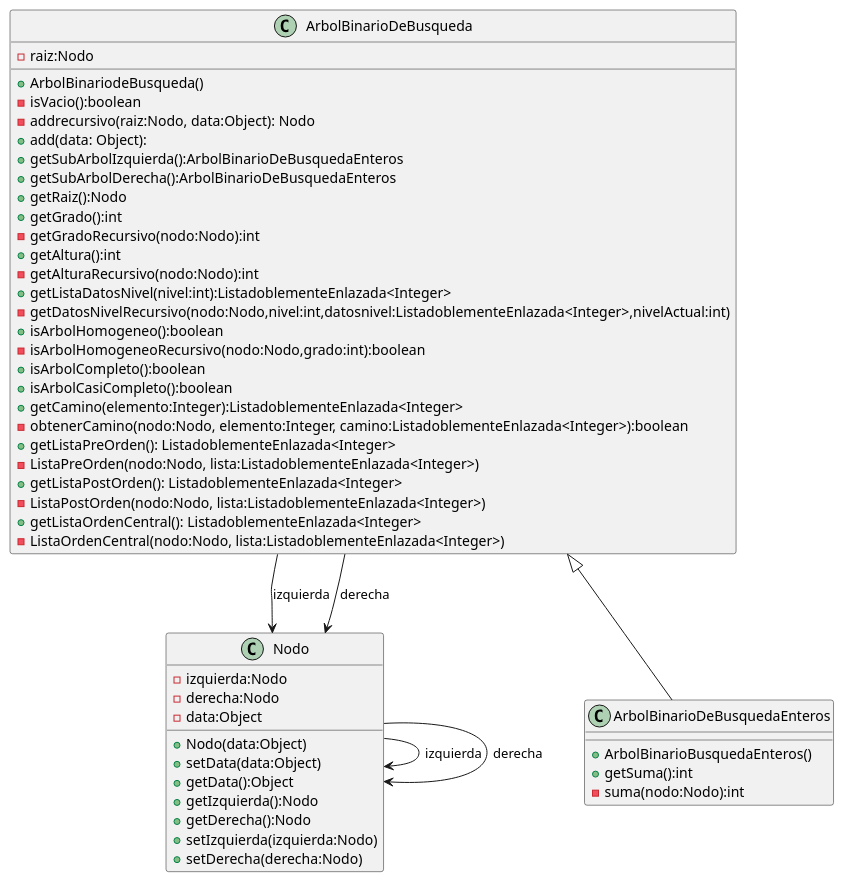
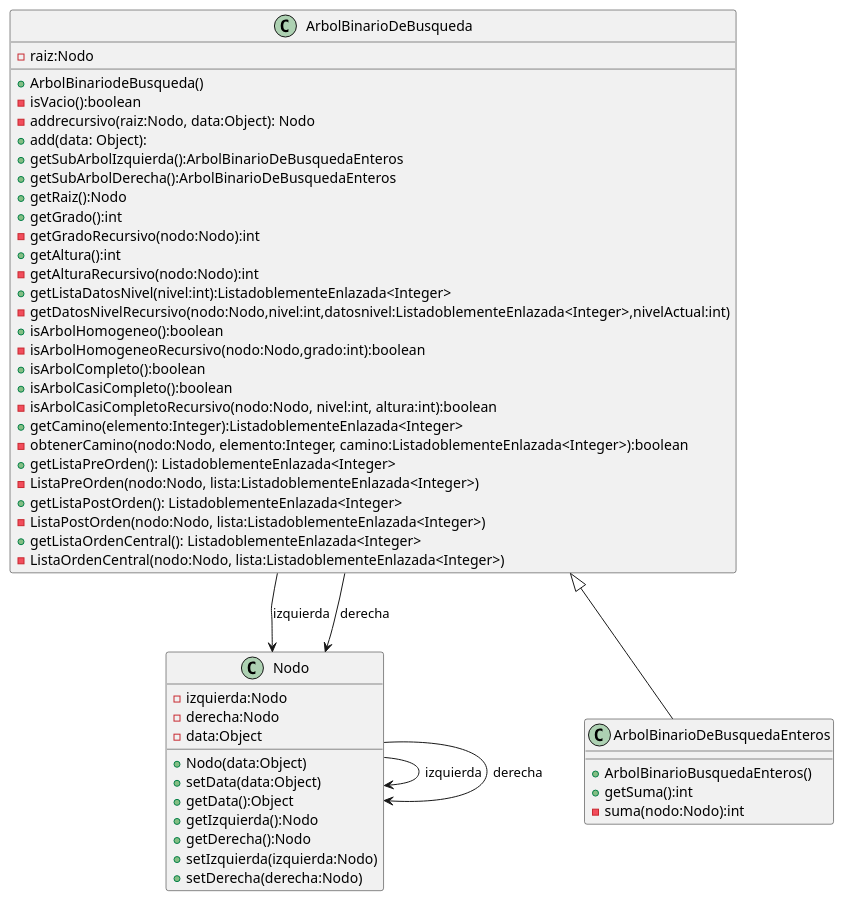
The diagram in diagrama/ArbolBinario.puml (MetodologiaProgMatComp/el2-arboles-maria-y-pilar), drawn with PlantUML before and after one commit. The commit also changed 2 other files, not shown here.

Commit message:
diagrama

```diff
--- a/diagrama/ArbolBinario.puml
+++ b/diagrama/ArbolBinario.puml
@@ -1,58 +1,59 @@
 @startuml
 'https://plantuml.com/sequence-diagram
 
 class ArbolBinarioDeBusqueda {
     -raiz:Nodo
     +ArbolBinariodeBusqueda()
     -isVacio():boolean
     -addrecursivo(raiz:Nodo, data:Object): Nodo
     +add(data: Object):
     +getSubArbolIzquierda():ArbolBinarioDeBusquedaEnteros
     +getSubArbolDerecha():ArbolBinarioDeBusquedaEnteros
     +getRaiz():Nodo
     +getGrado():int
     -getGradoRecursivo(nodo:Nodo):int
     +getAltura():int
     -getAlturaRecursivo(nodo:Nodo):int
     +getListaDatosNivel(nivel:int):ListadoblementeEnlazada<Integer>
     -getDatosNivelRecursivo(nodo:Nodo,nivel:int,datosnivel:ListadoblementeEnlazada<Integer>,nivelActual:int)
     +isArbolHomogeneo():boolean
     -isArbolHomogeneoRecursivo(nodo:Nodo,grado:int):boolean
     +isArbolCompleto():boolean
     +isArbolCasiCompleto():boolean
+    -isArbolCasiCompletoRecursivo(nodo:Nodo, nivel:int, altura:int):boolean
     +getCamino(elemento:Integer):ListadoblementeEnlazada<Integer>
     -obtenerCamino(nodo:Nodo, elemento:Integer, camino:ListadoblementeEnlazada<Integer>):boolean
     +getListaPreOrden(): ListadoblementeEnlazada<Integer>
     -ListaPreOrden(nodo:Nodo, lista:ListadoblementeEnlazada<Integer>)
     +getListaPostOrden(): ListadoblementeEnlazada<Integer>
     -ListaPostOrden(nodo:Nodo, lista:ListadoblementeEnlazada<Integer>)
     +getListaOrdenCentral(): ListadoblementeEnlazada<Integer>
     -ListaOrdenCentral(nodo:Nodo, lista:ListadoblementeEnlazada<Integer>)
 }
 
 class Nodo {
     -izquierda:Nodo
     -derecha:Nodo
     -data:Object
     +Nodo(data:Object)
     +setData(data:Object)
     +getData():Object
     +getIzquierda():Nodo
     +getDerecha():Nodo
     +setIzquierda(izquierda:Nodo)
     +setDerecha(derecha:Nodo)
 }
 
 class ArbolBinarioDeBusquedaEnteros{
     +ArbolBinarioBusquedaEnteros()
     +getSuma():int
     -suma(nodo:Nodo):int
 }
 
 ArbolBinarioDeBusqueda --> Nodo:izquierda
 ArbolBinarioDeBusqueda --> Nodo:derecha
 Nodo --> Nodo:izquierda
 Nodo--> Nodo:derecha
 ArbolBinarioDeBusqueda<|--ArbolBinarioDeBusquedaEnteros
 
 @enduml
```
